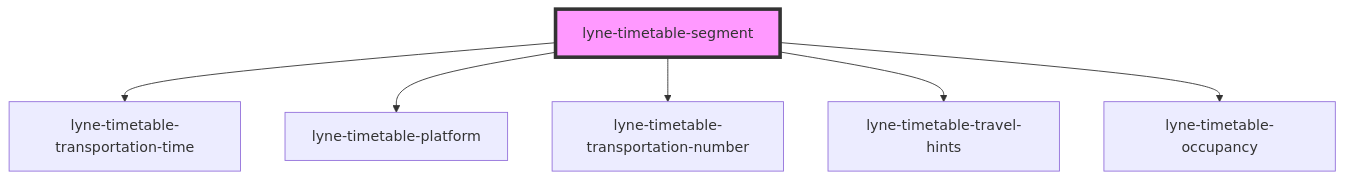
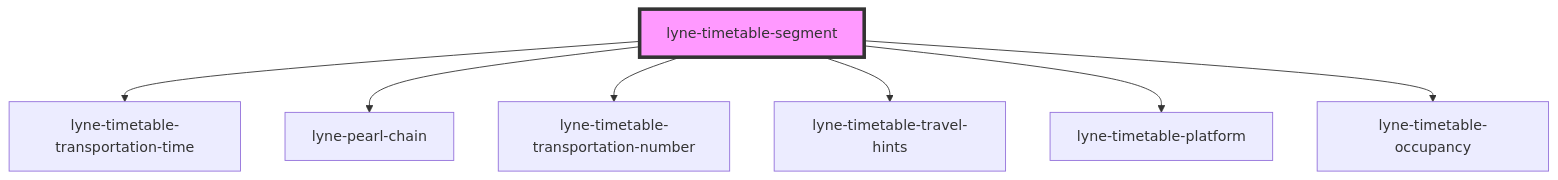
Before and after one commit to schlpbch/lyne-components: the diagram in src/components/lyne-timetable-segment/readme.md, drawn with Mermaid. The commit also changed other lines of this file and 8 other files, not shown here.

Commit message:
feat: working on vertical pearl chain integration

````diff
--- a/src/components/lyne-timetable-segment/readme.md
+++ b/src/components/lyne-timetable-segment/readme.md
@@ -26,9 +27,10 @@
 ```mermaid
 graph TD;
   lyne-timetable-segment --> lyne-timetable-transportation-time
-  lyne-timetable-segment --> lyne-timetable-platform
+  lyne-timetable-segment --> lyne-pearl-chain
   lyne-timetable-segment --> lyne-timetable-transportation-number
   lyne-timetable-segment --> lyne-timetable-travel-hints
+  lyne-timetable-segment --> lyne-timetable-platform
   lyne-timetable-segment --> lyne-timetable-occupancy
   style lyne-timetable-segment fill:#f9f,stroke:#333,stroke-width:4px
 ```
````
